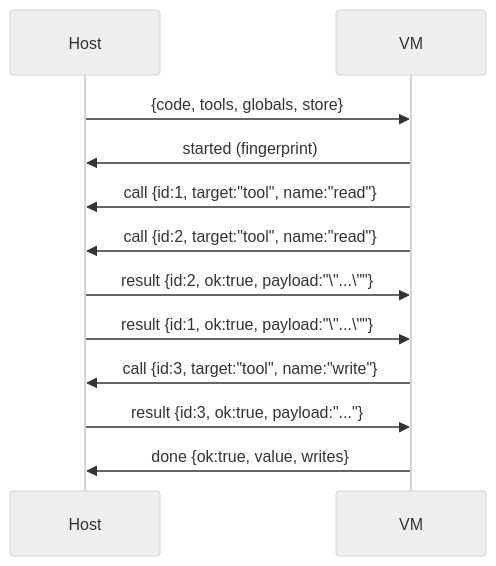
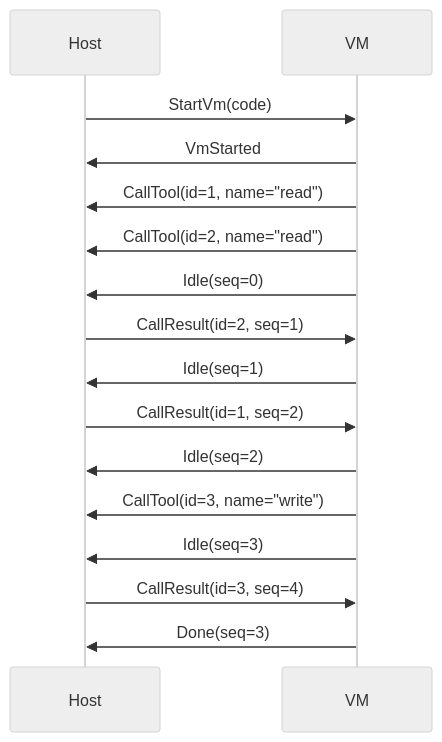
Before and after one commit to kkkiio/pi.mbt: the diagram in sdk/codemode/README.mbt.md, drawn with Mermaid (neutral theme). The commit also changed other lines of this file and 2 other files, not shown here.

````diff
--- a/sdk/codemode/README.mbt.md
+++ b/sdk/codemode/README.mbt.md
@@ -21,15 +17,19 @@
 ```mermaid
 sequenceDiagram
     participant H as Host
     participant V as VM
 
-    H->>V: {code, tools, globals, store}
-    V->>H: started (fingerprint)
-    V->>H: call {id:1, target:"tool", name:"read"}
-    V->>H: call {id:2, target:"tool", name:"read"}
-    H->>V: result {id:2, ok:true, payload:"\"...\""}
-    H->>V: result {id:1, ok:true, payload:"\"...\""}
-    V->>H: call {id:3, target:"tool", name:"write"}
-    H->>V: result {id:3, ok:true, payload:"..."}
-    V->>H: done {ok:true, value, writes}
+    H->>V: StartVm(code)
+    V->>H: VmStarted
+    V->>H: CallTool(id=1, name="read")
+    V->>H: CallTool(id=2, name="read")
+    V->>H: Idle(seq=0)
+    H->>V: CallResult(id=2, seq=1)
+    V->>H: Idle(seq=1)
+    H->>V: CallResult(id=1, seq=2)
+    V->>H: Idle(seq=2)
+    V->>H: CallTool(id=3, name="write")
+    V->>H: Idle(seq=3)
+    H->>V: CallResult(id=3, seq=4)
+    V->>H: Done(seq=3)
 ```
````
